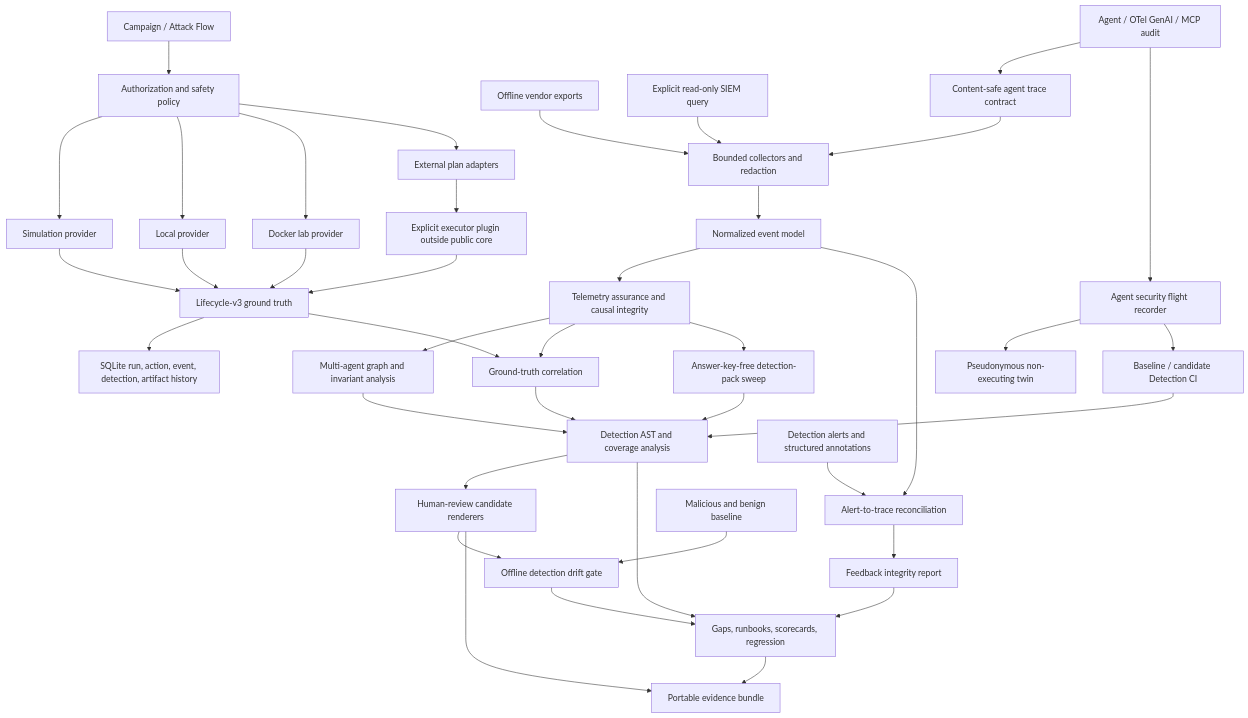
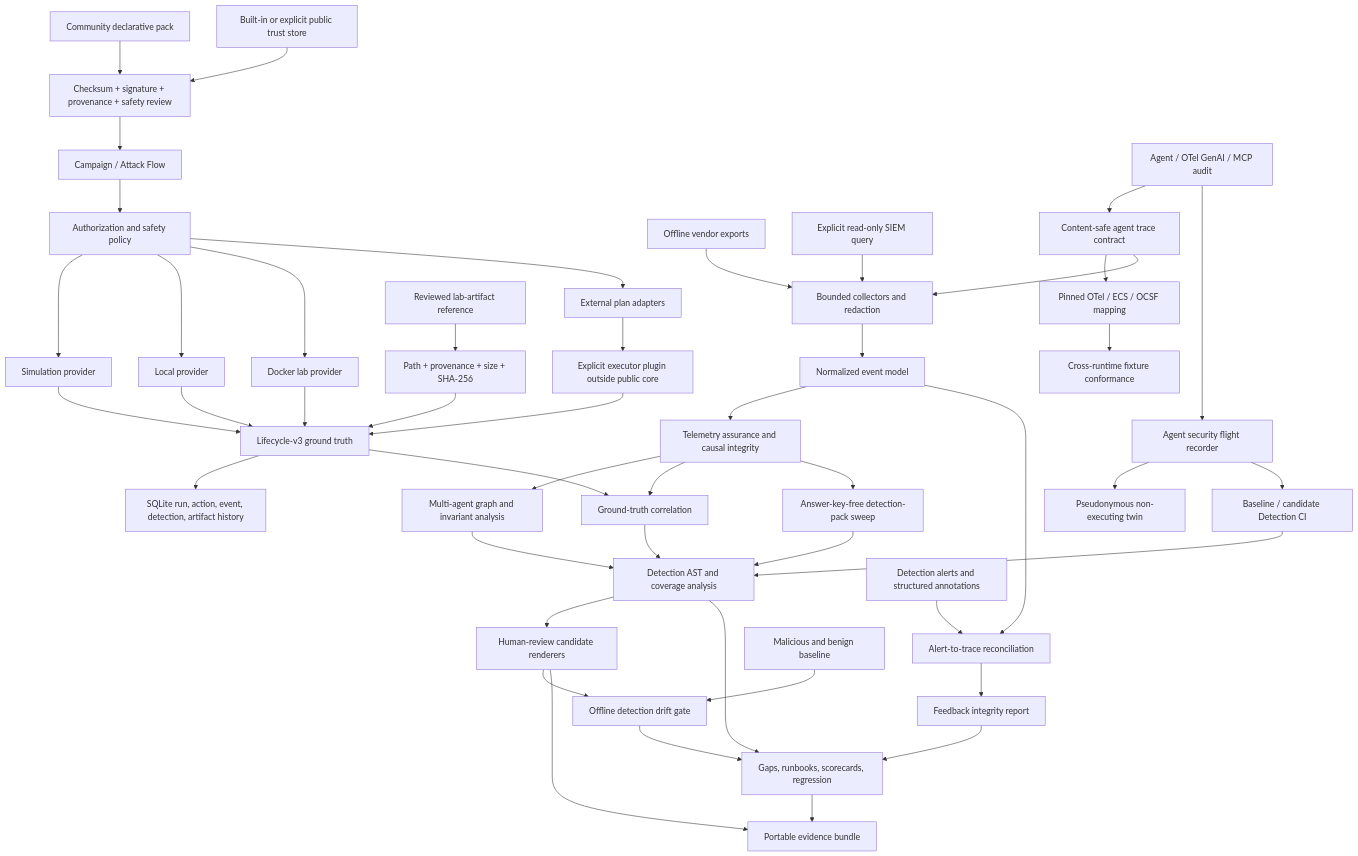
Before and after one commit to hellnbak/AgentSim: the diagram in ARCHITECTURE.md, drawn with Mermaid. The commit also changed other lines of this file and 61 other files, not shown here.

````diff
--- a/ARCHITECTURE.md
+++ b/ARCHITECTURE.md
@@ -7,42 +7,49 @@
 ```mermaid
 flowchart TD
     Campaign["Campaign / Attack Flow"] --> Policy["Authorization and safety policy"]
     Policy --> Sim["Simulation provider"]
     Policy --> Local["Local provider"]
     Policy --> Docker["Docker lab provider"]
     Policy --> Plan["External plan adapters"]
     Plan --> Plugin["Explicit executor plugin outside public core"]
     Sim --> Timeline["Lifecycle-v3 ground truth"]
     Local --> Timeline
     Docker --> Timeline
     Plugin --> Timeline
     Timeline --> Store["SQLite run, action, event, detection, artifact history"]
     Export["Offline vendor exports"] --> Collect["Bounded collectors and redaction"]
     Live["Explicit read-only SIEM query"] --> Collect
     Runtime["Agent / OTel GenAI / MCP audit"] --> Contract["Content-safe agent trace contract"]
+    Contract --> Portable["Pinned OTel / ECS / OCSF mapping"]
+    Portable --> Conform["Cross-runtime fixture conformance"]
     Runtime --> Flight["Agent security flight recorder"]
     Flight --> Twin["Pseudonymous non-executing twin"]
     Flight --> FlightGate["Baseline / candidate Detection CI"]
     Contract --> Collect
     Collect --> Normalize["Normalized event model"]
     Normalize --> Assure["Telemetry assurance and causal integrity"]
     Assure --> Investigate["Multi-agent graph and invariant analysis"]
     Assure --> Correlate["Ground-truth correlation"]
     Assure --> Sweep["Answer-key-free detection-pack sweep"]
     Timeline --> Correlate
     Correlate --> Detect["Detection AST and coverage analysis"]
     Sweep --> Detect
     Investigate --> Detect
     FlightGate --> Detect
     Detect --> Candidate["Human-review candidate renderers"]
     Detect --> Defense["Gaps, runbooks, scorecards, regression"]
     Alert["Detection alerts and structured annotations"] --> Reconcile["Alert-to-trace reconciliation"]
     Normalize --> Reconcile
     Reconcile --> Feedback["Feedback integrity report"]
     Baseline["Malicious and benign baseline"] --> Drift["Offline detection drift gate"]
     Candidate --> Drift
     Feedback --> Defense
     Drift --> Defense
     Candidate --> Bundle["Portable evidence bundle"]
     Defense --> Bundle
+    Community["Community declarative pack"] --> Review["Checksum + signature + provenance + safety review"]
+    Trust["Built-in or explicit public trust store"] --> Review
+    Review --> Campaign
+    ArtifactRef["Reviewed lab-artifact reference"] --> ArtifactReview["Path + provenance + size + SHA-256"]
+    ArtifactReview --> Timeline
 ```
````
